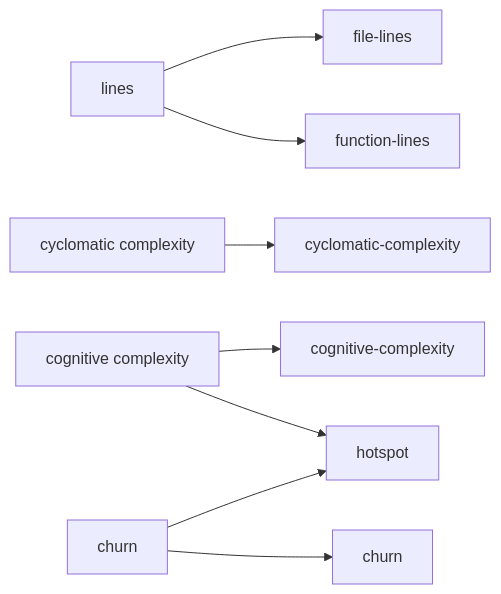
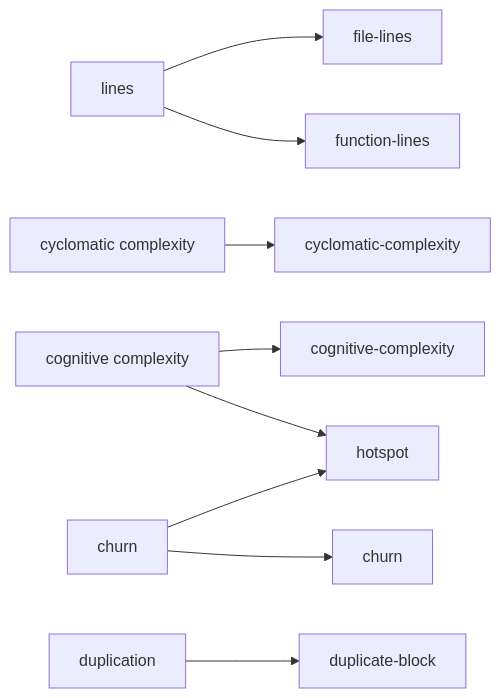
Before and after one commit to morais90/jabuti: the first of 2 diagrams in docs/concepts.md, drawn with Mermaid. The commit also changed 15 other files, not shown here.

````diff
--- a/docs/concepts.md
+++ b/docs/concepts.md
@@ -38,10 +38,11 @@
 ```mermaid
 flowchart LR
     lines["lines"] --> fl["file-lines"]
     lines --> fnl["function-lines"]
     cyc["cyclomatic complexity"] --> cc["cyclomatic-complexity"]
     cog["cognitive complexity"] --> cogr["cognitive-complexity"]
     cog --> hs["hotspot"]
     churn["churn"] --> hs
     churn --> chr["churn"]
+    dup["duplication"] --> db["duplicate-block"]
 ```
````
